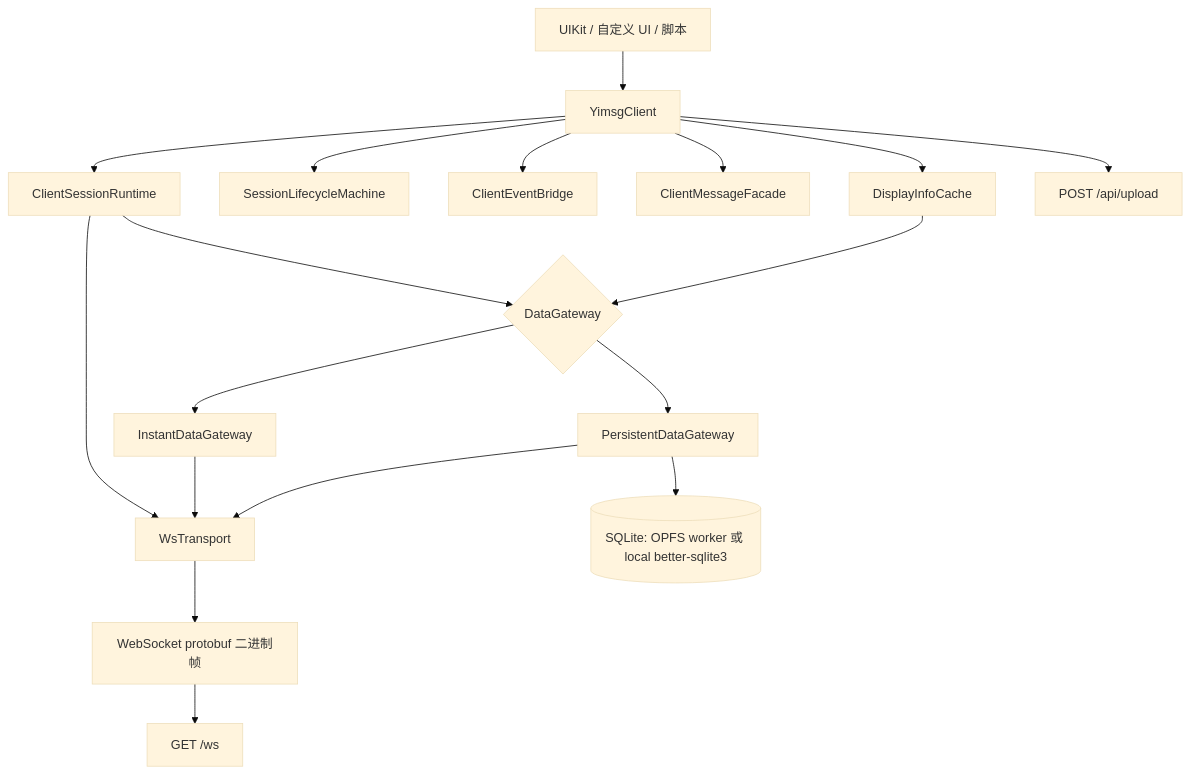
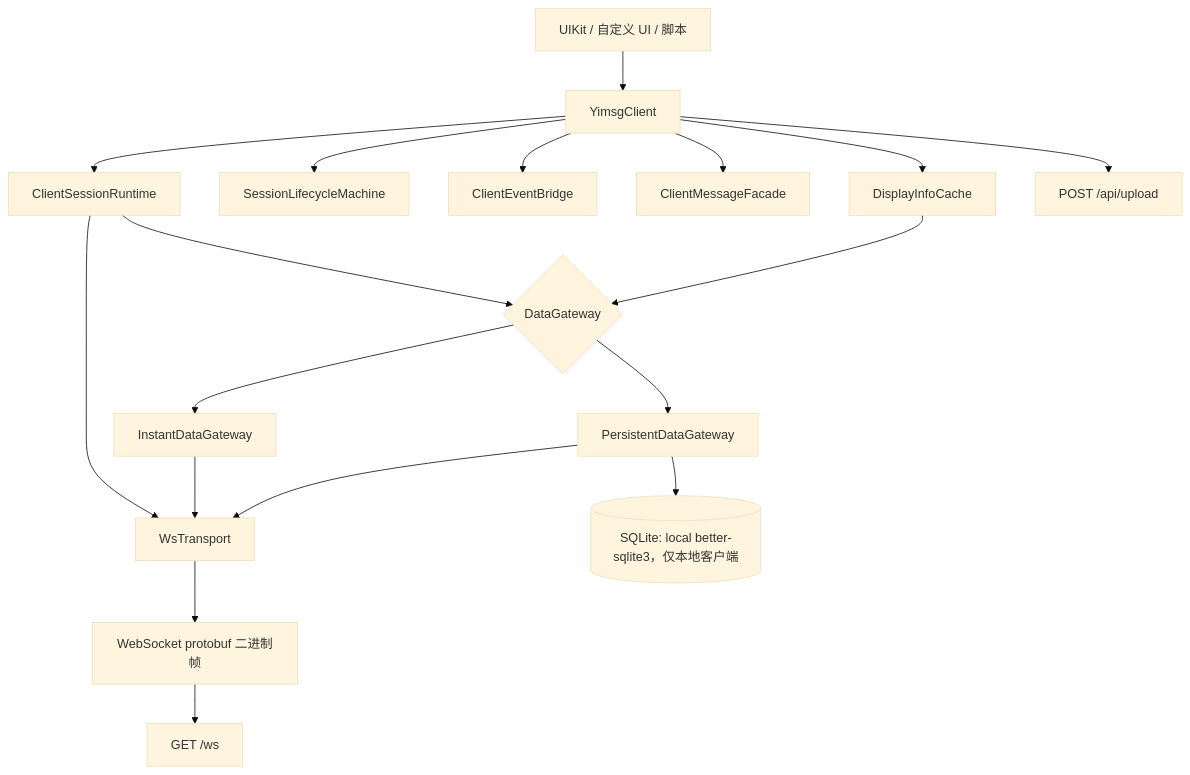
Before and after one commit to dacez/yimsg: the first of 4 diagrams in packages/sdk/docs/sdk设计方案.md, drawn with Mermaid (base theme). The commit also changed other lines of this file and 79 other files, not shown here.

````diff
--- a/packages/sdk/docs/sdk设计方案.md
+++ b/packages/sdk/docs/sdk设计方案.md
@@ -18,23 +18,23 @@
 ```mermaid
 flowchart TD
   UI[UIKit / 自定义 UI / 脚本] --> Client[YimsgClient]
   Client --> Runtime[ClientSessionRuntime]
   Client --> Lifecycle[SessionLifecycleMachine]
   Client --> EventBridge[ClientEventBridge]
   Client --> MessageFacade[ClientMessageFacade]
   Client --> DisplayCache[DisplayInfoCache]
   Client --> Upload[POST /api/upload]
 
   Runtime --> Transport[WsTransport]
   Runtime --> DataGateway{DataGateway}
   DataGateway --> InstantGateway[InstantDataGateway]
   DataGateway --> PersistentGateway[PersistentDataGateway]
 
   InstantGateway --> Transport
   PersistentGateway --> Transport
-  PersistentGateway --> SQLite[(SQLite: OPFS worker 或 local better-sqlite3)]
+  PersistentGateway --> SQLite[(SQLite: local better-sqlite3，仅本地客户端)]
   DisplayCache --> DataGateway
 
   Transport --> Frame[WebSocket protobuf 二进制帧]
   Frame --> Server[GET /ws]
 ```
````
